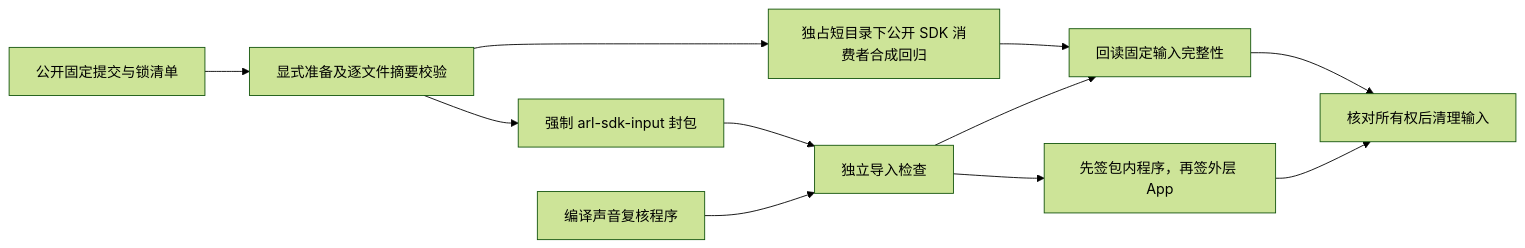
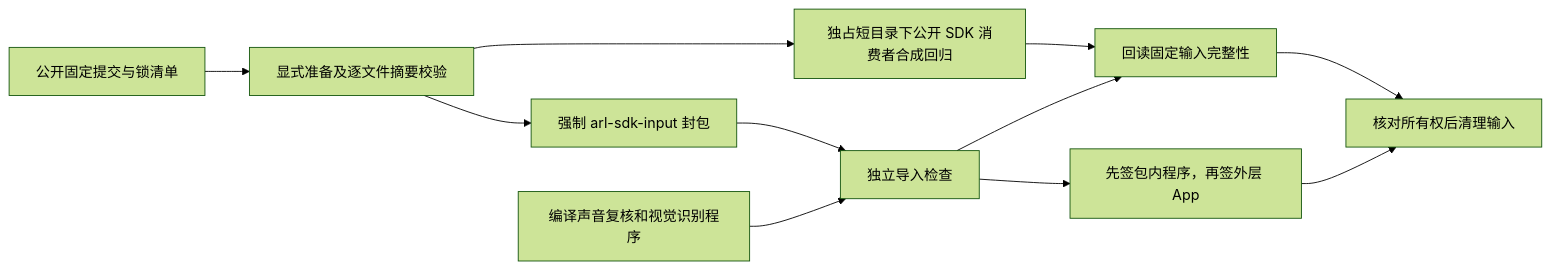
The diagram in docs/FRIDAY-DESKTOP-BUILD.md (Geeprox/Friday), drawn with Mermaid (forest theme) before and after one commit. The commit also changed other lines of this file and 23 other files, not shown here.

````diff
--- a/docs/FRIDAY-DESKTOP-BUILD.md
+++ b/docs/FRIDAY-DESKTOP-BUILD.md
@@ -50,13 +51,13 @@
 ```mermaid
 flowchart LR
   A[公开固定提交与锁清单] --> B[显式准备及逐文件摘要校验]
   B --> C[独占短目录下公开 SDK 消费者合成回归]
   B --> D[强制 arl-sdk-input 封包]
   D --> E[独立导入检查]
-  S[编译声音复核程序] --> E
+  S[编译声音复核和视觉识别程序] --> E
   E --> G[先签包内程序，再签外层 App]
   C --> V[回读固定输入完整性]
   E --> V
   V --> F[核对所有权后清理输入]
   G --> F
 ```
````
